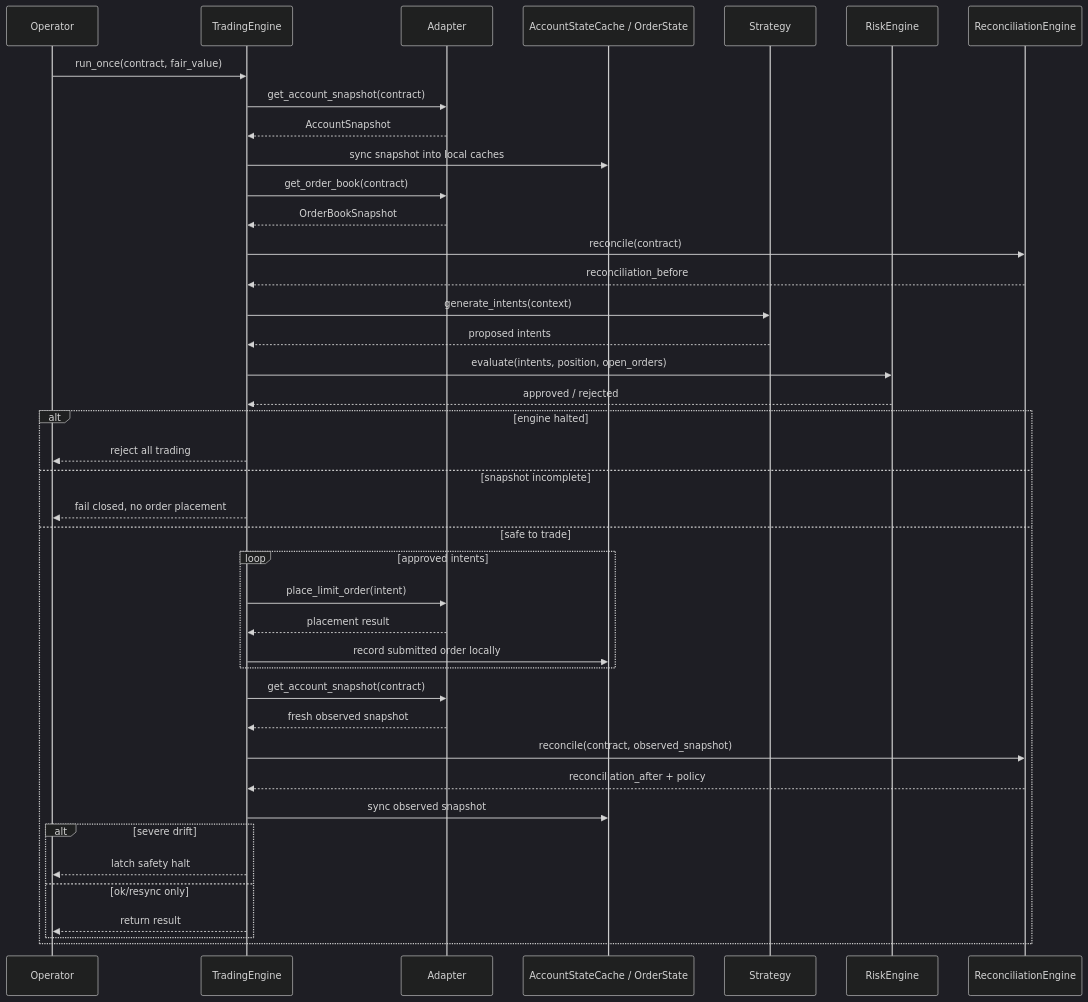
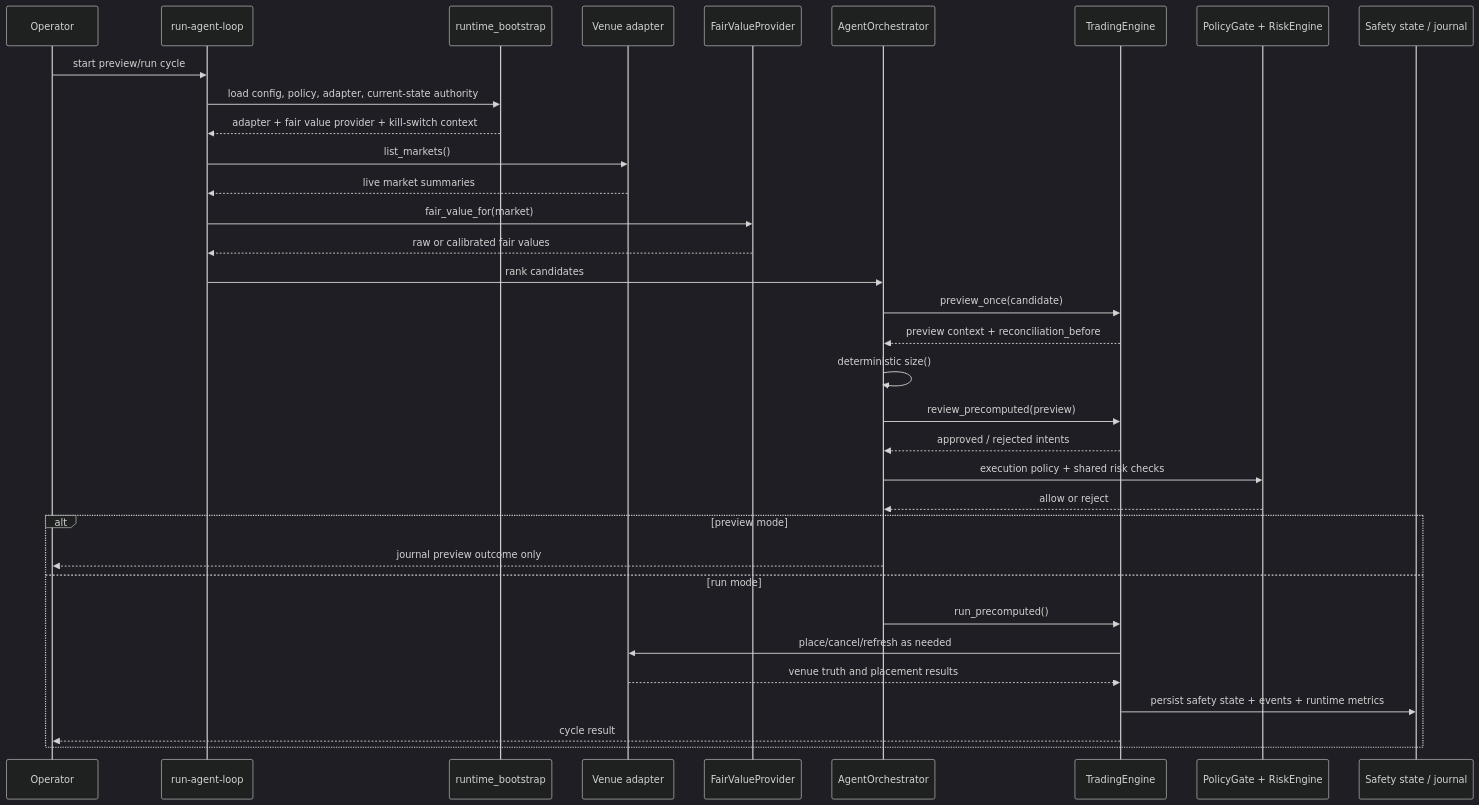
One commit to harshitagarwal2/polymarket-prediction-agent changed the diagram in docs/diagrams/03-live-runtime-sequence.md. Above: the diagram before and after it, drawn with Mermaid (dark theme). The commit also changed other lines of this file and 8 other files, not shown here.

First line of the commit message:
Refresh architecture diagrams

````diff
--- a/docs/diagrams/03-live-runtime-sequence.md
+++ b/docs/diagrams/03-live-runtime-sequence.md
@@ -5,45 +5,38 @@
 ```mermaid
 sequenceDiagram
     participant O as Operator
+    participant CLI as run-agent-loop
+    participant B as runtime_bootstrap
+    participant A as Venue adapter
+    participant F as FairValueProvider
+    participant D as AgentOrchestrator
     participant E as TradingEngine
-    participant A as Adapter
-    participant C as AccountStateCache / OrderState
-    participant S as Strategy
-    participant R as RiskEngine
-    participant Q as ReconciliationEngine
+    participant G as PolicyGate + RiskEngine
+    participant J as Safety state / journal
 
-    O->>E: run_once(contract, fair_value)
-    E->>A: get_account_snapshot(contract)
-    A-->>E: AccountSnapshot
-    E->>C: sync snapshot into local caches
-    E->>A: get_order_book(contract)
-    A-->>E: OrderBookSnapshot
-    E->>Q: reconcile(contract)
-    Q-->>E: reconciliation_before
-    E->>S: generate_intents(context)
-    S-->>E: proposed intents
-    E->>R: evaluate(intents, position, open_orders)
-    R-->>E: approved / rejected
+    O->>CLI: start preview/run cycle
+    CLI->>B: load config, policy, adapter, current-state authority
+    B-->>CLI: adapter + fair value provider + kill-switch context
+    CLI->>A: list_markets()
+    A-->>CLI: live market summaries
+    CLI->>F: fair_value_for(market)
+    F-->>CLI: raw or calibrated fair values
+    CLI->>D: rank candidates
+    D->>E: preview_once(candidate)
+    E-->>D: preview context + reconciliation_before
+    D->>D: deterministic size()
+    D->>E: review_precomputed(preview)
+    E-->>D: approved / rejected intents
+    D->>G: execution policy + shared risk checks
+    G-->>D: allow or reject
 
-    alt engine halted
-        E-->>O: reject all trading
-    else snapshot incomplete
-        E-->>O: fail closed, no order placement
-    else safe to trade
-        loop approved intents
-            E->>A: place_limit_order(intent)
-            A-->>E: placement result
-            E->>C: record submitted order locally
-        end
-        E->>A: get_account_snapshot(contract)
-        A-->>E: fresh observed snapshot
-        E->>Q: reconcile(contract, observed_snapshot)
-        Q-->>E: reconciliation_after + policy
-        E->>C: sync observed snapshot
-        alt severe drift
-            E-->>O: latch safety halt
-        else ok/resync only
-            E-->>O: return result
-        end
+    alt preview mode
+        D-->>O: journal preview outcome only
+    else run mode
+        D->>E: run_precomputed()
+        E->>A: place/cancel/refresh as needed
+        A-->>E: venue truth and placement results
+        E->>J: persist safety state + events + runtime metrics
+        E-->>O: cycle result
     end
 ```
````
